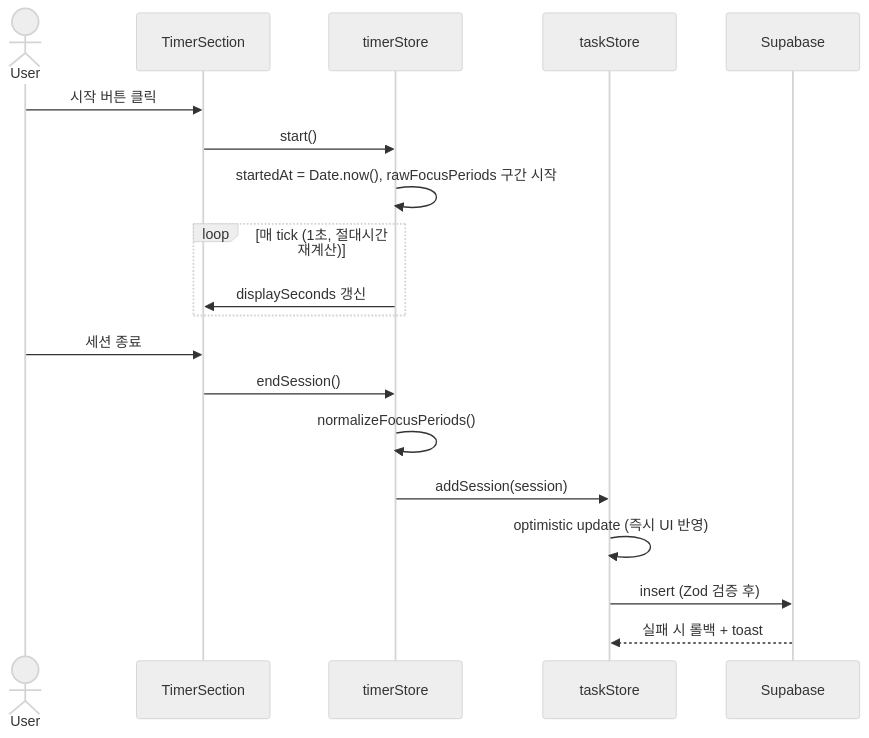
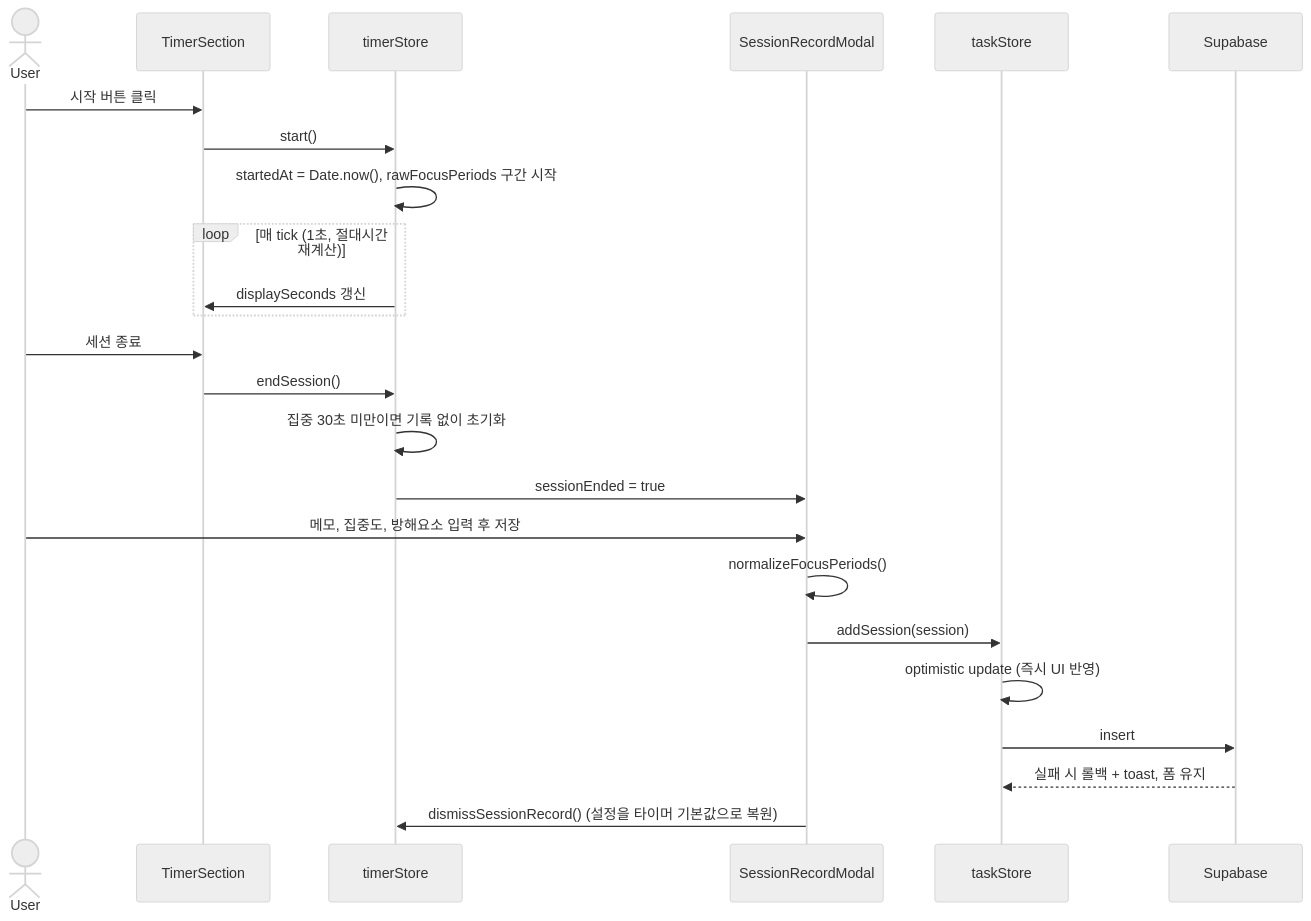
Before and after one commit to aaaz425/pomodash: the fourth of 4 diagrams in docs/specs/architecture-diagram.md, drawn with Mermaid (neutral theme). The commit also changed other lines of this file and 4 other files, not shown here.

````diff
--- a/docs/specs/architecture-diagram.md
+++ b/docs/specs/architecture-diagram.md
@@ -92,24 +97,29 @@
 ```mermaid
 sequenceDiagram
     actor User
     participant Timer as TimerSection
     participant Store as timerStore
+    participant Modal as SessionRecordModal
     participant Task as taskStore
     participant Supa as Supabase
 
     User->>Timer: 시작 버튼 클릭
     Timer->>Store: start()
     Store->>Store: startedAt = Date.now(), rawFocusPeriods 구간 시작
 
     loop 매 tick (1초, 절대시간 재계산)
         Store->>Timer: displaySeconds 갱신
     end
 
     User->>Timer: 세션 종료
     Timer->>Store: endSession()
-    Store->>Store: normalizeFocusPeriods()
-    Store->>Task: addSession(session)
+    Store->>Store: 집중 30초 미만이면 기록 없이 초기화
+    Store->>Modal: sessionEnded = true
+    User->>Modal: 메모, 집중도, 방해요소 입력 후 저장
+    Modal->>Modal: normalizeFocusPeriods()
+    Modal->>Task: addSession(session)
     Task->>Task: optimistic update (즉시 UI 반영)
-    Task->>Supa: insert (Zod 검증 후)
-    Supa-->>Task: 실패 시 롤백 + toast
+    Task->>Supa: insert
+    Supa-->>Task: 실패 시 롤백 + toast, 폼 유지
+    Modal->>Store: dismissSessionRecord() (설정을 타이머 기본값으로 복원)
 ```
````
